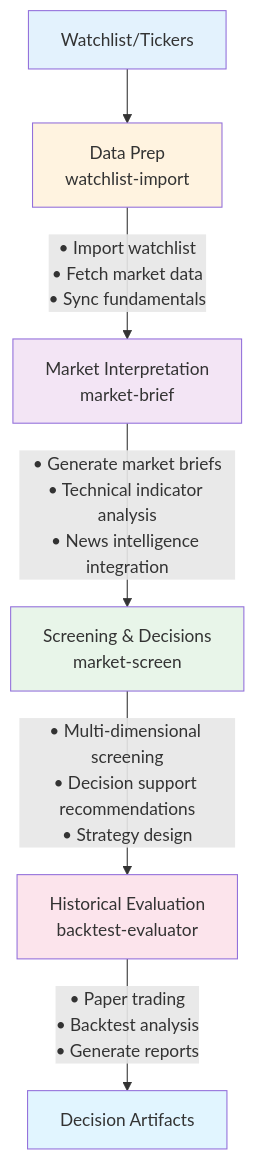
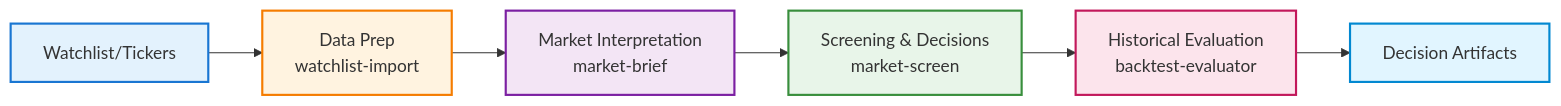
The second of 2 diagrams in README.md (NatsuFox/A-Stockit), drawn with Mermaid before and after one commit. The commit also changed other lines of this file, not shown here.

First line of the commit message:
docs(readme): change workflow diagrams to left-to-right layout

````diff
--- a/README.md
+++ b/README.md
@@ -683,15 +689,15 @@
 ```mermaid
-flowchart TD
+flowchart LR
     A[Watchlist/Tickers] --> B[Data Prep<br/>watchlist-import]
-    B --> |• Import watchlist<br/>• Fetch market data<br/>• Sync fundamentals| C[Market Interpretation<br/>market-brief]
-    C --> |• Generate market briefs<br/>• Technical indicator analysis<br/>• News intelligence integration| D[Screening & Decisions<br/>market-screen]
-    D --> |• Multi-dimensional screening<br/>• Decision support recommendations<br/>• Strategy design| E[Historical Evaluation<br/>backtest-evaluator]
-    E --> |• Paper trading<br/>• Backtest analysis<br/>• Generate reports| F[Decision Artifacts]
+    B --> C[Market Interpretation<br/>market-brief]
+    C --> D[Screening & Decisions<br/>market-screen]
+    D --> E[Historical Evaluation<br/>backtest-evaluator]
+    E --> F[Decision Artifacts]
 
-    style A fill:#e3f2fd
-    style B fill:#fff3e0
-    style C fill:#f3e5f5
-    style D fill:#e8f5e9
-    style E fill:#fce4ec
-    style F fill:#e1f5ff
+    style A fill:#e3f2fd,stroke:#1976d2,stroke-width:2px
+    style B fill:#fff3e0,stroke:#f57c00,stroke-width:2px
+    style C fill:#f3e5f5,stroke:#7b1fa2,stroke-width:2px
+    style D fill:#e8f5e9,stroke:#388e3c,stroke-width:2px
+    style E fill:#fce4ec,stroke:#c2185b,stroke-width:2px
+    style F fill:#e1f5ff,stroke:#0288d1,stroke-width:2px
 ```
````
